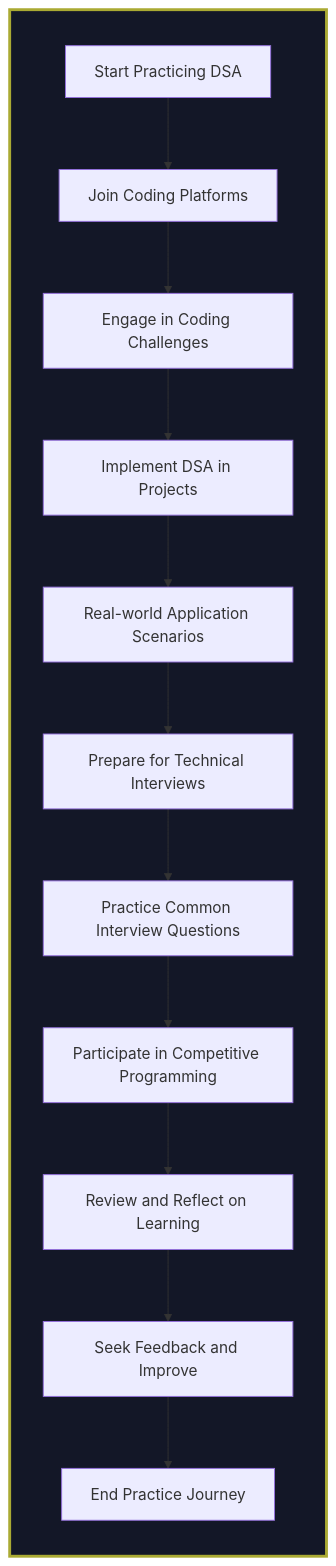
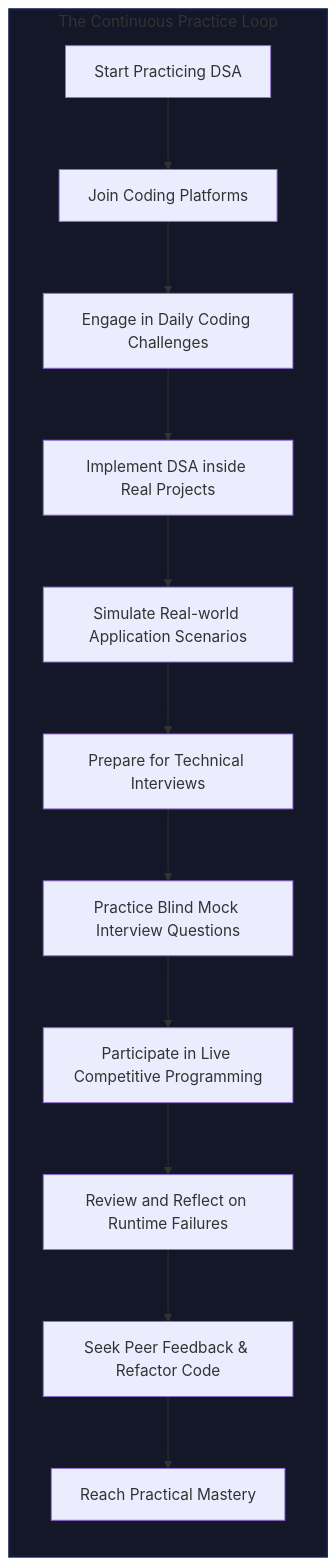
One commit to ajay-dhangar/algo changed the second of 2 diagrams in docs/data-structures/roadmap-to-dsa.mdx. Above: the diagram before and after it, drawn with Mermaid. The commit also changed other lines of this file and 10 other files, not shown here.

````diff
--- a/docs/data-structures/roadmap-to-dsa.mdx
+++ b/docs/data-structures/roadmap-to-dsa.mdx
@@ -106,19 +93,18 @@
 ```mermaid
 flowchart TD
-    subgraph central_flowchart [ ]
+    subgraph central_flowchart [The Continuous Practice Loop]
         direction TB
         A[Start Practicing DSA] --> B[Join Coding Platforms]
-        B --> C[Engage in Coding Challenges]
-        C --> D[Implement DSA in Projects]
-        D --> E[Real-world Application Scenarios]
+        B --> C[Engage in Daily Coding Challenges]
+        C --> D[Implement DSA inside Real Projects]
+        D --> E[Simulate Real-world Application Scenarios]
         E --> F[Prepare for Technical Interviews]
-        F --> G[Practice Common Interview Questions]
-        G --> H[Participate in Competitive Programming]
-        H --> I[Review and Reflect on Learning]
-        I --> J[Seek Feedback and Improve]
-        J --> K[End Practice Journey]
+        F --> G[Practice Blind Mock Interview Questions]
+        G --> H[Participate in Live Competitive Programming]
+        H --> I[Review and Reflect on Runtime Failures]
+        I --> J[Seek Peer Feedback & Refactor Code]
+        J --> K[Reach Practical Mastery]
     end
-    style central_flowchart fill:#131727  ,stroke:##131c40 ,stroke-width:3px
-
+    style central_flowchart fill:#131727  ,stroke:#131c40 ,stroke-width:3px
 
 ```
````
